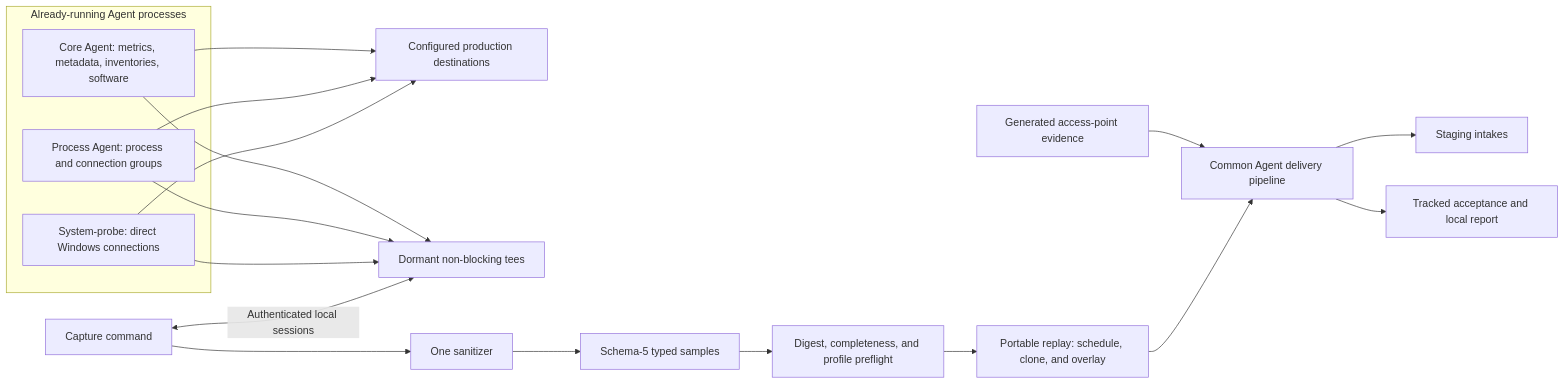
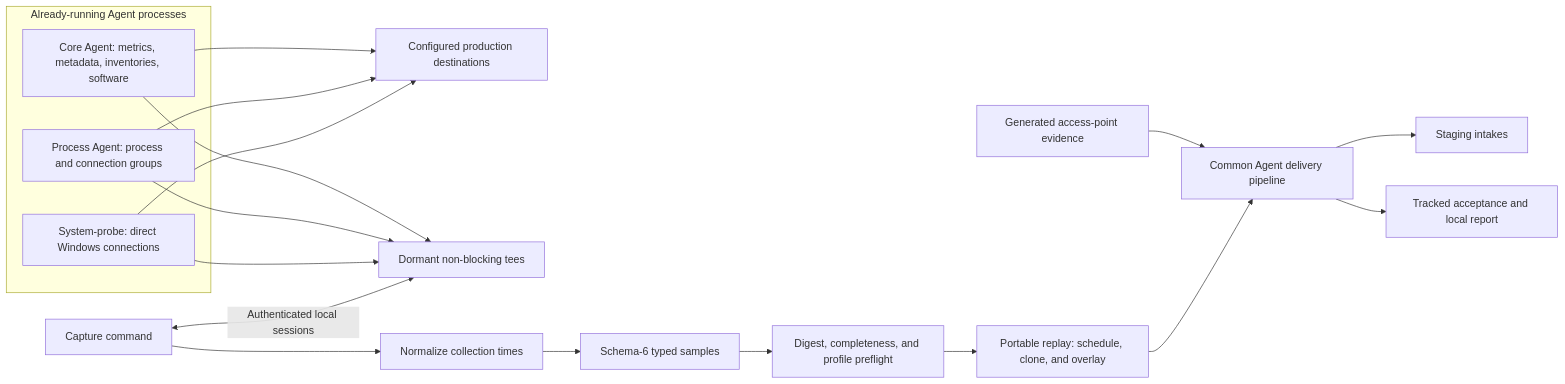
The diagram in doc/architecture/eudm-simulator.md (DataDog/datadog-agent), drawn with Mermaid before and after one commit. The commit also changed other lines of this file and 140 other files, not shown here.

````diff
--- a/doc/architecture/eudm-simulator.md
+++ b/doc/architecture/eudm-simulator.md
@@ -61,23 +61,23 @@
 ```mermaid
 flowchart LR
     subgraph Running[Already-running Agent processes]
         C[Core Agent: metrics, metadata, inventories, software]
         P[Process Agent: process and connection groups]
         N[System-probe: direct Windows connections]
     end
     C --> D[Configured production destinations]
     P --> D
     N --> D
     C --> T[Dormant non-blocking tees]
     P --> T
     N --> T
     A[Capture command] <-->|Authenticated local sessions| T
-    A --> S[One sanitizer]
-    S --> B[Schema-5 typed samples]
+    A --> S[Normalize collection times]
+    S --> B[Schema-6 typed samples]
     B --> V[Digest, completeness, and profile preflight]
     V --> E[Portable replay: schedule, clone, and overlay]
     AP[Generated access-point evidence] --> R[Common Agent delivery pipeline]
     E --> R
     R --> I[Staging intakes]
     R --> F[Tracked acceptance and local report]
 ```
````
